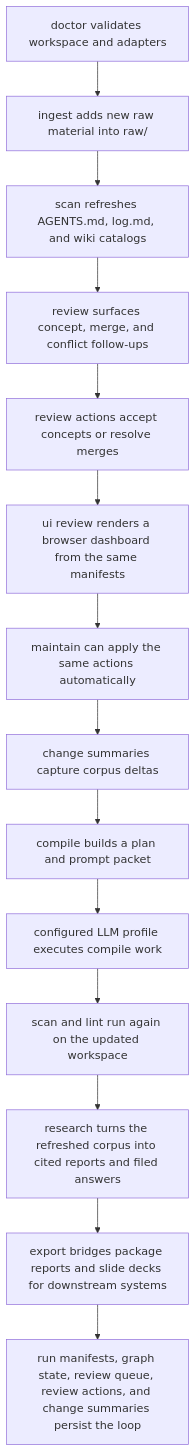
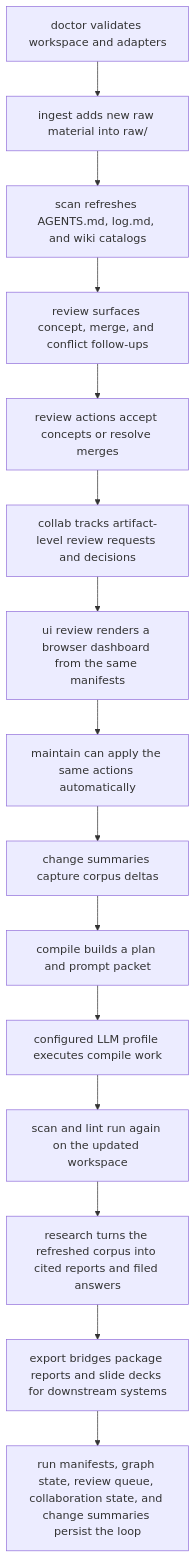
The first of 2 diagrams in docs/operator-workflows.md (shrijacked/Cognisync), drawn with Mermaid before and after one commit. The commit also changed other lines of this file and 2 other files, not shown here.

Commit message:
docs: map the collaboration workflow

````diff
--- a/docs/operator-workflows.md
+++ b/docs/operator-workflows.md
@@ -21,16 +22,17 @@
 ```mermaid
 flowchart TD
     A["doctor validates workspace and adapters"] --> B["ingest adds new raw material into raw/"]
     B --> C["scan refreshes AGENTS.md, log.md, and wiki catalogs"]
     C --> D["review surfaces concept, merge, and conflict follow-ups"]
     D --> E["review actions accept concepts or resolve merges"]
-    E --> F["ui review renders a browser dashboard from the same manifests"]
-    F --> G["maintain can apply the same actions automatically"]
-    G --> H["change summaries capture corpus deltas"]
-    H --> I["compile builds a plan and prompt packet"]
-    I --> J["configured LLM profile executes compile work"]
-    J --> K["scan and lint run again on the updated workspace"]
-    K --> L["research turns the refreshed corpus into cited reports and filed answers"]
-    L --> M["export bridges package reports and slide decks for downstream systems"]
-    M --> N["run manifests, graph state, review queue, review actions, and change summaries persist the loop"]
+    E --> F["collab tracks artifact-level review requests and decisions"]
+    F --> G["ui review renders a browser dashboard from the same manifests"]
+    G --> H["maintain can apply the same actions automatically"]
+    H --> I["change summaries capture corpus deltas"]
+    I --> J["compile builds a plan and prompt packet"]
+    J --> K["configured LLM profile executes compile work"]
+    K --> L["scan and lint run again on the updated workspace"]
+    L --> M["research turns the refreshed corpus into cited reports and filed answers"]
+    M --> N["export bridges package reports and slide decks for downstream systems"]
+    N --> O["run manifests, graph state, review queue, collaboration state, and change summaries persist the loop"]
 ```
````
